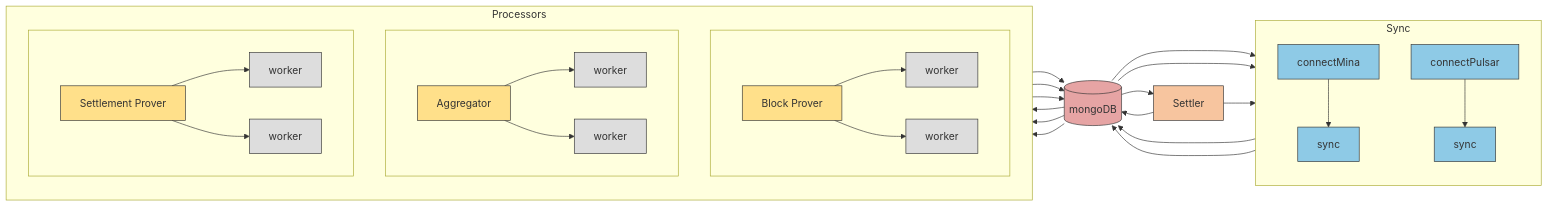
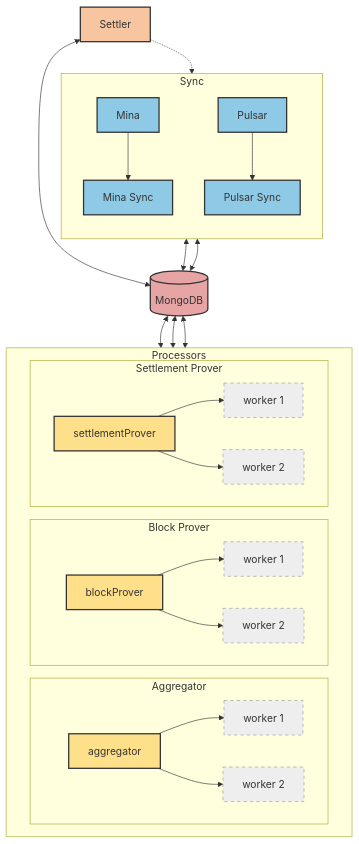
The first of 7 diagrams in prover_v2/docs/architecture.md (node101-io/pulsar), drawn with Mermaid before and after one commit.

Commit message:
system architecture diagram edit

````diff
--- a/prover_v2/docs/architecture.md
+++ b/prover_v2/docs/architecture.md
@@ -39,85 +39,60 @@
 ```mermaid
-graph LR
+graph TD
+    %% Global Styling
+    classDef sync fill:#8ecae6,stroke:#333,stroke-width:2px
+    classDef db fill:#e6a4a4,stroke:#333,stroke-width:2px,shape:cylinder
+    classDef processor fill:#ffe08a,stroke:#333,stroke-width:2px
+    classDef worker fill:#eee,stroke:#999,stroke-dasharray: 5 5
+    classDef settler fill:#f7c59f,stroke:#333,stroke-width:2px
 
-    %% SYNC BLOCK
-    subgraph Sync
+    %% TOP SECTION: Input & Control
+    direction LR
+    subgraph Sync [Sync]
         direction TB
-        connectMina[connectMina]
-        syncMina[sync]
-
-        connectPulsar[connectPulsar]
-        syncPulsar[sync]
-
-        connectMina --> syncMina
-        connectPulsar --> syncPulsar
+        MinaGroup[Mina] --> syncMina[Mina Sync]
+        PulsarGroup[Pulsar] --> syncPulsar[Pulsar Sync]
     end
-
-    %% DB
-    mongoDB[(mongoDB)]
-
-    %% SETTLER (top feel)
+    
     settler[Settler]
 
-    %% PROCESSORS (each with workers inline)
-    subgraph Processors
-        direction TB
+    %% CENTER: The Database Hub
+    mongoDB[(MongoDB)]
 
-        subgraph BP[ ]
-            direction LR
-            blockProver[Block Prover]
-            bpw1[worker]
-            bpw2[worker]
-            blockProver --> bpw1
-            blockProver --> bpw2
+    %% BOTTOM SECTION: Processing
+    subgraph Processors [Processors]
+        direction LR
+        
+        subgraph BP [Block Prover]
+            blockProver --> bpw1[worker 1]
+            blockProver --> bpw2[worker 2]
         end
 
-        subgraph AGG[ ]
-            direction LR
-            aggregator[Aggregator]
-            aggw1[worker]
-            aggw2[worker]
-            aggregator --> aggw1
-            aggregator --> aggw2
+        subgraph AGG [Aggregator]
+            aggregator --> aggw1[worker 1]
+            aggregator --> aggw2[worker 2]
         end
 
-        subgraph SP[ ]
-            direction LR
-            settlementProver[Settlement Prover]
-            spw1[worker]
-            spw2[worker]
-            settlementProver --> spw1
-            settlementProver --> spw2
+        subgraph SP [Settlement Prover]
+            settlementProver --> spw1[worker 1]
+            settlementProver --> spw2[worker 2]
         end
     end
 
-    %% FLOWS
-    syncMina --> mongoDB
-    syncPulsar --> mongoDB
-    mongoDB --> syncMina
-    mongoDB --> syncPulsar
+    %% LOGICAL FLOWS (Bi-directional)
+    syncMina <--> mongoDB
+    syncPulsar <--> mongoDB
+    settler <--> mongoDB
+    
+    %% Connections to Processors
+    mongoDB <--> blockProver
+    mongoDB <--> aggregator
+    mongoDB <--> settlementProver
 
-    mongoDB --> blockProver
-    blockProver --> mongoDB
+    %% Settler specific trigger
+    settler -.-> MinaGroup
 
-    mongoDB --> aggregator
-    aggregator --> mongoDB
-
-    mongoDB --> settlementProver
-    settlementProver --> mongoDB
-
-    %% SETTLER LINKS
-    settler --> mongoDB
-    mongoDB --> settler
-    settler --> connectMina
-
-    %% COLORS
-    classDef sync fill:#8ecae6,stroke:#333
-    classDef db fill:#e6a4a4,stroke:#333
-    classDef processor fill:#ffe08a,stroke:#333
-    classDef worker fill:#ddd,stroke:#333
-    classDef settler fill:#f7c59f,stroke:#333
-
-    class connectMina,connectPulsar,syncMina,syncPulsar sync
+    %% Applying Classes
+    class MinaGroup,PulsarGroup,syncMina,syncPulsar sync
     class mongoDB db
     class blockProver,aggregator,settlementProver processor
     class bpw1,bpw2,aggw1,aggw2,spw1,spw2 worker
````
